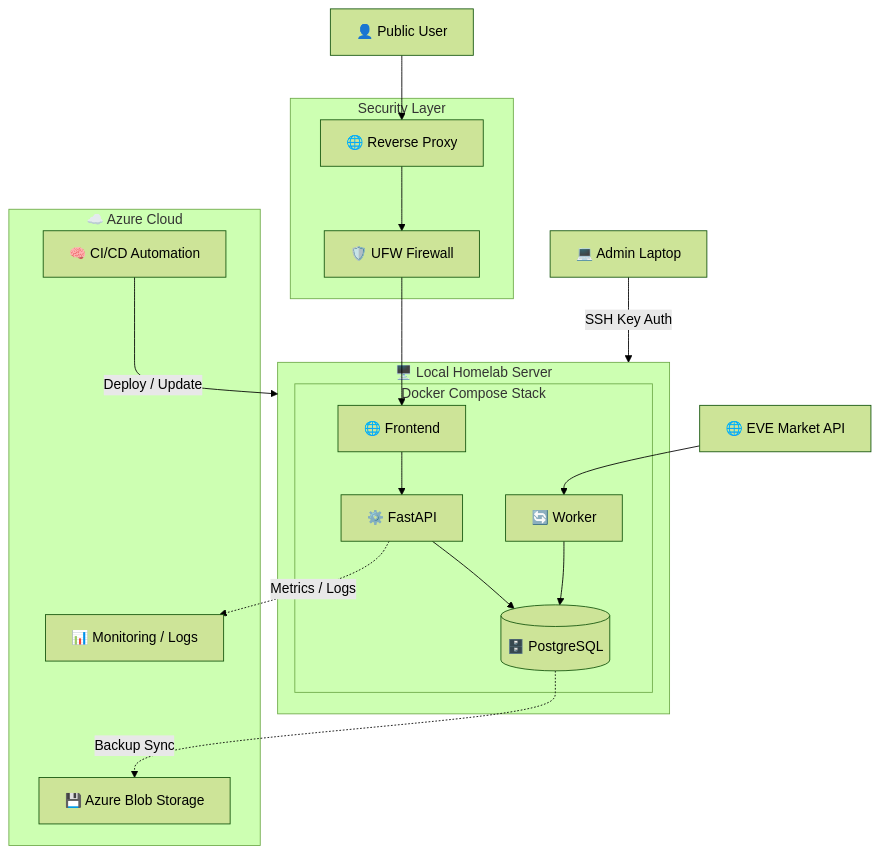
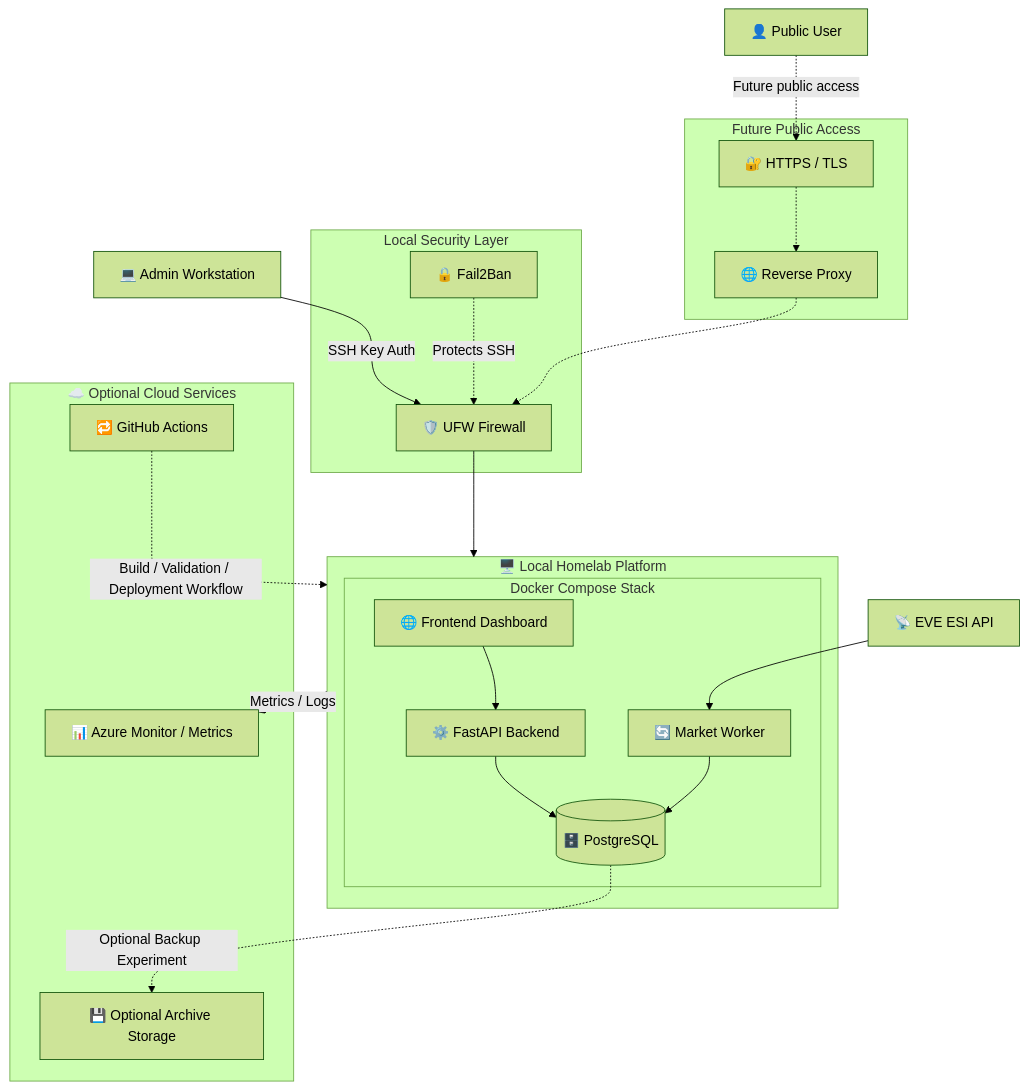
Before and after one commit to Relis-lol/homelab-hybrid-cloud-platform: the diagram in diagrams/future-hybrid-architecture.md, drawn with Mermaid (forest theme). The commit also changed other lines of this file, not shown here.

````diff
--- a/diagrams/future-hybrid-architecture.md
+++ b/diagrams/future-hybrid-architecture.md
@@ -3,55 +7,63 @@
 ```mermaid
 graph TD
 
 %% ----------- USERS -----------
 User["👤 Public User"]
-Admin["💻 Admin Laptop"]
+Admin["💻 Admin Workstation"]
 
-%% ----------- SECURITY -----------
-subgraph Security["Security Layer"]
-    Proxy["🌐 Reverse Proxy"]
+%% ----------- LOCAL SECURITY -----------
+subgraph Security["Local Security Layer"]
     Firewall["🛡️ UFW Firewall"]
+    Fail2Ban["🔒 Fail2Ban"]
 end
 
-%% ----------- LOCAL SERVER -----------
-subgraph Local["🖥️ Local Homelab Server"]
+%% ----------- FUTURE PUBLIC ACCESS -----------
+subgraph PublicAccess["Future Public Access"]
+    Proxy["🌐 Reverse Proxy"]
+    HTTPS["🔐 HTTPS / TLS"]
+end
+
+%% ----------- LOCAL PLATFORM -----------
+subgraph Local["🖥️ Local Homelab Platform"]
 
     subgraph Docker["Docker Compose Stack"]
-        Frontend["🌐 Frontend"]
-        API["⚙️ FastAPI"]
-        Worker["🔄 Worker"]
+        Frontend["🌐 Frontend Dashboard"]
+        API["⚙️ FastAPI Backend"]
+        Worker["🔄 Market Worker"]
         DB[(🗄️ PostgreSQL)]
     end
 
 end
 
-%% ----------- AZURE -----------
-subgraph Azure["☁️ Azure Cloud"]
+%% ----------- EXTERNAL DATA -----------
+ESI["📡 EVE ESI API"]
 
-    Storage["💾 Azure Blob Storage"]
-    Monitor["📊 Monitoring / Logs"]
-    CI["🧠 CI/CD Automation"]
-
+%% ----------- OPTIONAL CLOUD SERVICES -----------
+subgraph Cloud["☁️ Optional Cloud Services"]
+    Monitor["📊 Azure Monitor / Metrics"]
+    CI["🔁 GitHub Actions"]
+    Storage["💾 Optional Archive Storage"]
 end
 
-%% ----------- ACCESS -----------
-User --> Proxy
-Proxy --> Firewall
-Firewall --> Frontend
+%% ----------- CURRENT / PLANNED ACCESS -----------
+Admin -->|SSH Key Auth| Firewall
+Fail2Ban -.->|Protects SSH| Firewall
+Firewall --> Local
 
-Admin -->|SSH Key Auth| Local
+User -.->|Future public access| HTTPS
+HTTPS -.-> Proxy
+Proxy -.-> Firewall
 
-%% ----------- INTERNAL FLOW -----------
+%% ----------- APPLICATION FLOW -----------
 Frontend --> API
 API --> DB
+
+%% ----------- DATA INGESTION -----------
+ESI --> Worker
 Worker --> DB
 
-%% ----------- DATA SOURCE -----------
-EVE["🌐 EVE Market API"]
-EVE --> Worker
-
-%% ----------- AZURE CONNECTIONS -----------
-DB -.->|Backup Sync| Storage
-API -.->|Metrics / Logs| Monitor
-CI -->|Deploy / Update| Local
+%% ----------- OPTIONAL CLOUD CONNECTIONS -----------
+Local -.->|Metrics / Logs| Monitor
+CI -.->|Build / Validation / Deployment Workflow| Local
+DB -.->|Optional Backup Experiment| Storage
 ```
````
